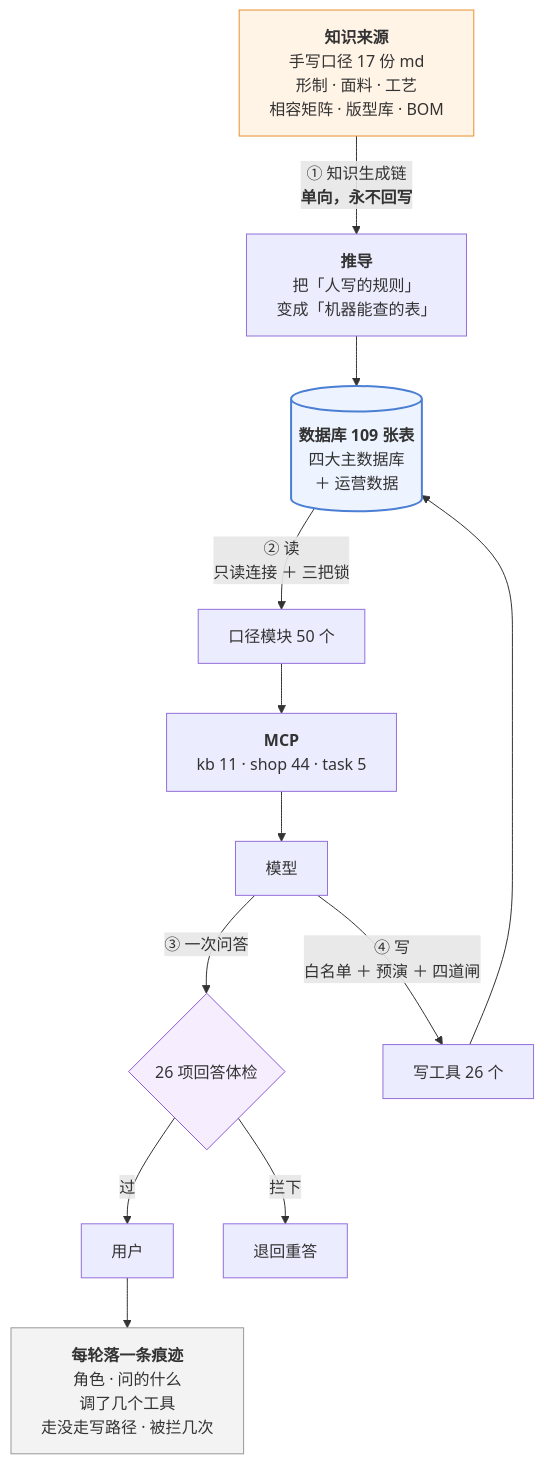
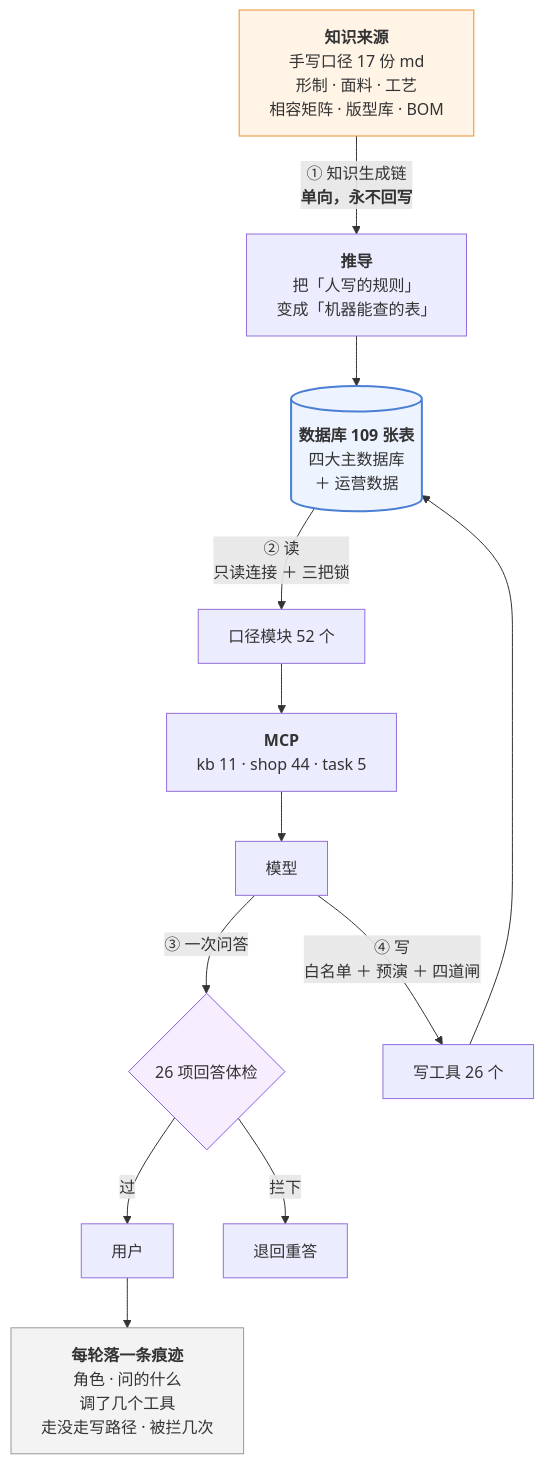
Before and after one commit to 843773296-rgb/lanxiu-yunshang-agent: the third of 3 diagrams in 澜绣云裳agent-产品说明.md, drawn with Mermaid. The commit also changed other lines of this file and 28 other files, not shown here.

````diff
--- a/澜绣云裳agent-产品说明.md
+++ b/澜绣云裳agent-产品说明.md
@@ -967,24 +969,24 @@
 ```mermaid
 flowchart TD
     MD["<b>知识来源</b><br/>手写口径 17 份 md<br/>形制 · 面料 · 工艺<br/>相容矩阵 · 版型库 · BOM"]
     MD -->|"① 知识生成链<br/><b>单向，永不回写</b>"| DV["<b>推导</b><br/>把「人写的规则」<br/>变成「机器能查的表」"]
     DV --> DB[("<b>数据库 109 张表</b><br/>四大主数据库<br/>＋ 运营数据")]
 
-    DB -->|"② 读<br/>只读连接 ＋ 三把锁"| KJ["口径模块 50 个"]
+    DB -->|"② 读<br/>只读连接 ＋ 三把锁"| KJ["口径模块 52 个"]
     KJ --> MCP["<b>MCP</b><br/>kb 11 · shop 44 · task 5"]
     MCP --> LLM["模型"]
 
     LLM -->|"③ 一次问答"| GD{"26 项回答体检"}
     GD -- 过 --> U["用户"]
     GD -- 拦下 --> RE["退回重答"]
 
     LLM -->|"④ 写<br/>白名单 ＋ 预演 ＋ 四道闸"| W["写工具 26 个"]
     W --> DB
 
     U --> TR["<b>每轮落一条痕迹</b><br/>角色 · 问的什么<br/>调了几个工具<br/>走没走写路径 · 被拦几次"]
 
     style MD fill:#fff4e6,stroke:#e8912d
     style DB fill:#eef4ff,stroke:#4a7fd4,stroke-width:2px
     style GD fill:#f6eeff,stroke:#8b5cd6
     style TR fill:#f3f3f3,stroke:#999
 ```
````
